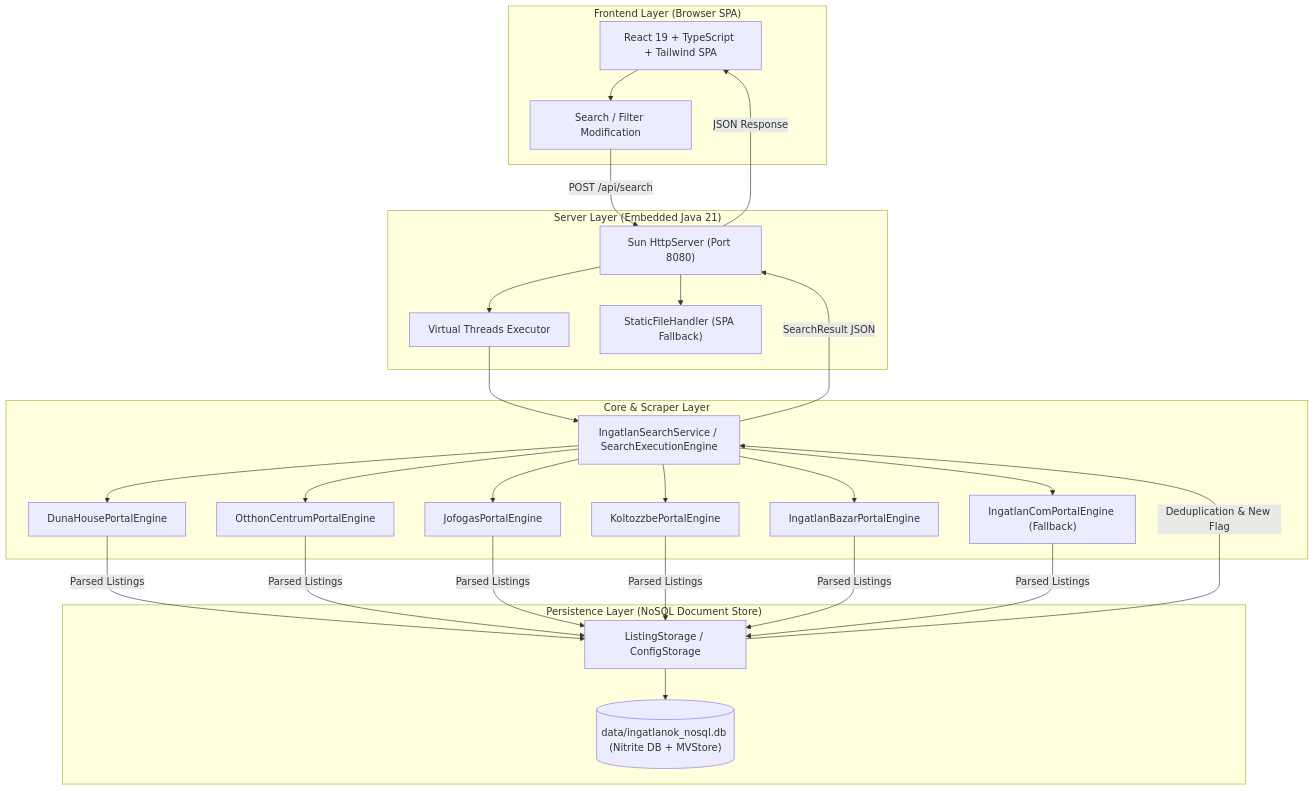
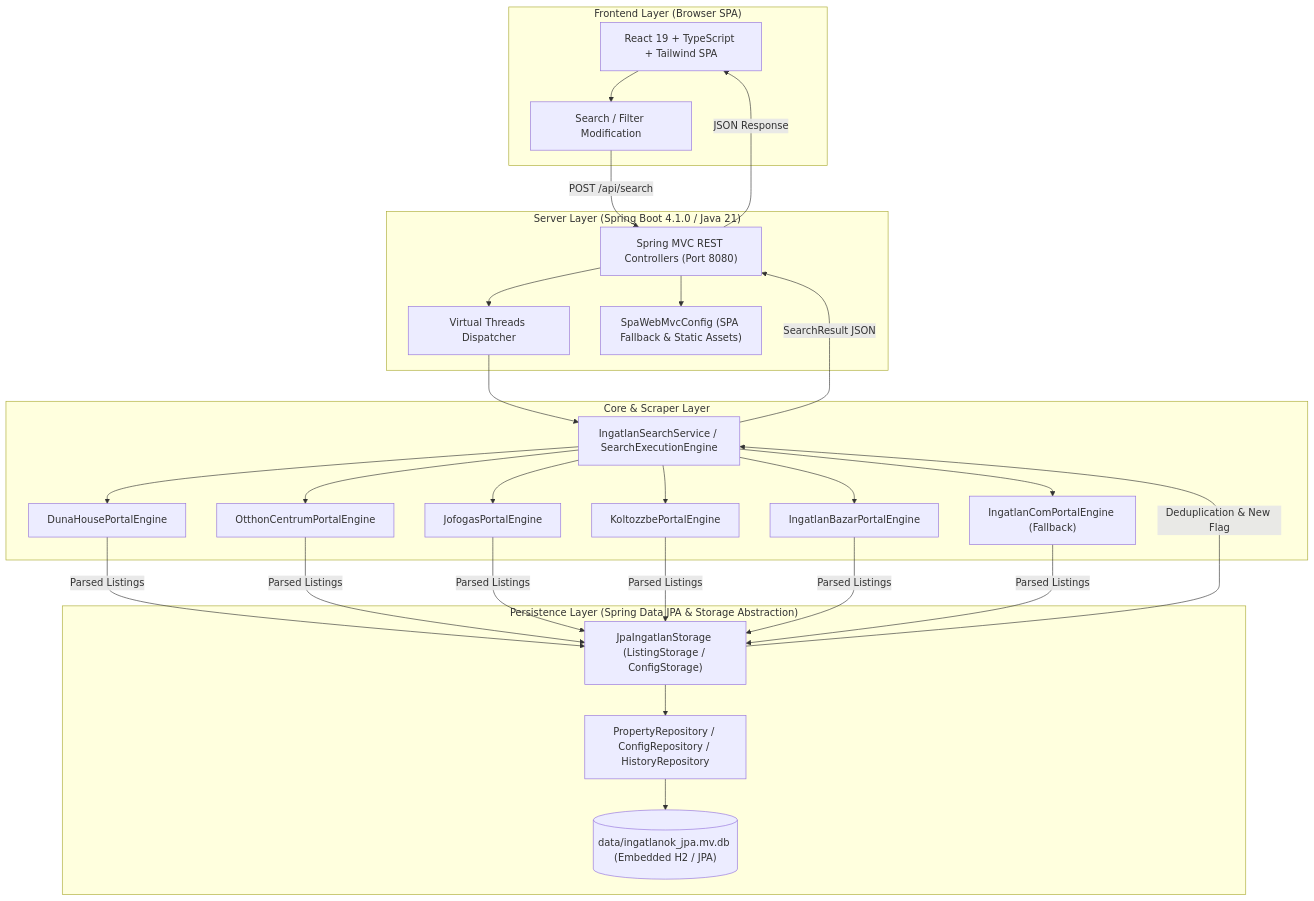
Before and after one commit to Luxeonn/ingatlan-kereso: the diagram in gemini.md, drawn with Mermaid. The commit also changed other lines of this file and 31 other files, not shown here.

First line of the commit message:
feat: migrate to Spring Boot 4.1.0 and GraalVM Native Image (#146)

````diff
--- a/gemini.md
+++ b/gemini.md
@@ -13,42 +13,43 @@
 ```mermaid
 flowchart TD
     subgraph UI ["Frontend Layer (Browser SPA)"]
         SPA["React 19 + TypeScript + Tailwind SPA"]
         Event["Search / Filter Modification"]
         SPA --> Event
     end
 
-    subgraph Server ["Server Layer (Embedded Java 21)"]
-        HTTP["Sun HttpServer (Port 8080)"]
-        VThread["Virtual Threads Executor"]
-        Static["StaticFileHandler (SPA Fallback)"]
+    subgraph Server ["Server Layer (Spring Boot 4.1.0 / Java 21)"]
+        HTTP["Spring MVC REST Controllers (Port 8080)"]
+        VThread["Virtual Threads Dispatcher"]
+        Static["SpaWebMvcConfig (SPA Fallback & Static Assets)"]
         HTTP --> VThread
         HTTP --> Static
     end
 
     subgraph Service ["Core & Scraper Layer"]
         Orchestrator["IngatlanSearchService / SearchExecutionEngine"]
         P1["DunaHousePortalEngine"]
         P2["OtthonCentrumPortalEngine"]
         P3["JofogasPortalEngine"]
         P4["KoltozzbePortalEngine"]
         P5["IngatlanBazarPortalEngine"]
         P6["IngatlanComPortalEngine (Fallback)"]
         
         Orchestrator --> P1 & P2 & P3 & P4 & P5 & P6
     end
 
-    subgraph Persistence ["Persistence Layer (NoSQL Document Store)"]
-        Storage["ListingStorage / ConfigStorage"]
-        Nitrite[("data/ingatlanok_nosql.db (Nitrite DB + MVStore)")]
+    subgraph Persistence ["Persistence Layer (Spring Data JPA & Storage Abstraction)"]
+        Storage["JpaIngatlanStorage (ListingStorage / ConfigStorage)"]
+        Repo["PropertyRepository / ConfigRepository / HistoryRepository"]
+        H2[("data/ingatlanok_jpa.mv.db (Embedded H2 / JPA)")]
         
-        Storage --> Nitrite
+        Storage --> Repo --> H2
     end
 
     Event -->|POST /api/search| HTTP
     VThread --> Orchestrator
     P1 & P2 & P3 & P4 & P5 & P6 -->|Parsed Listings| Storage
     Storage -->|Deduplication & New Flag| Orchestrator
     Orchestrator -->|SearchResult JSON| HTTP
     HTTP -->|JSON Response| SPA
 ```
````
